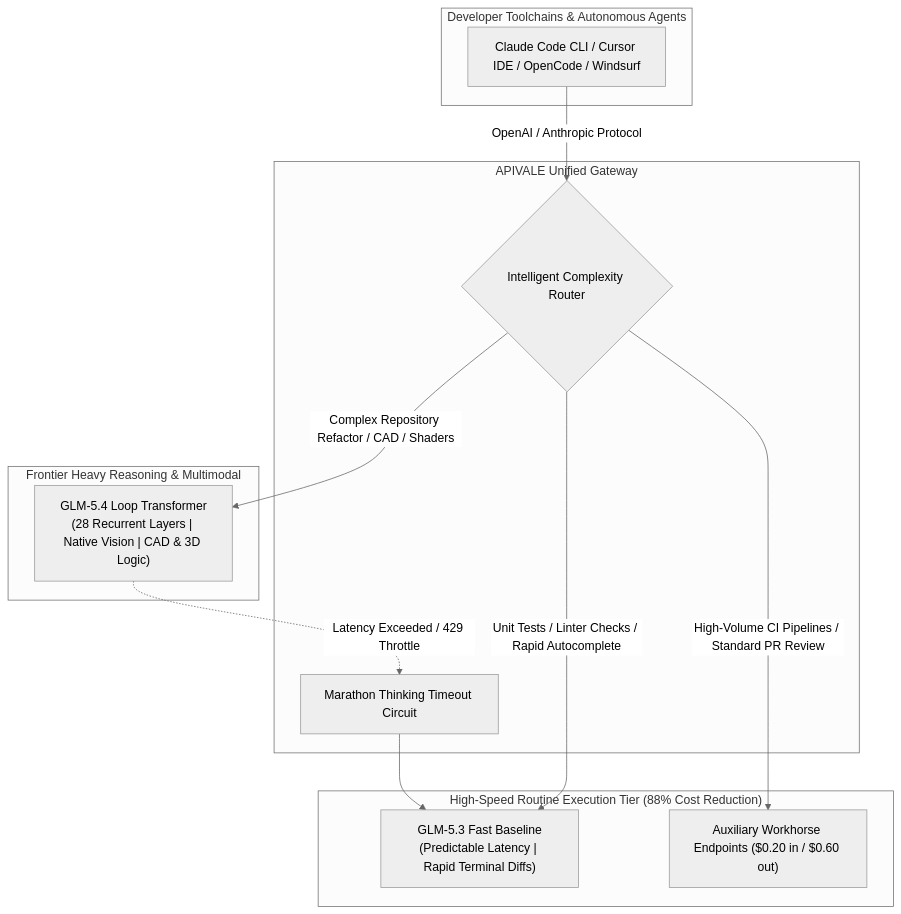
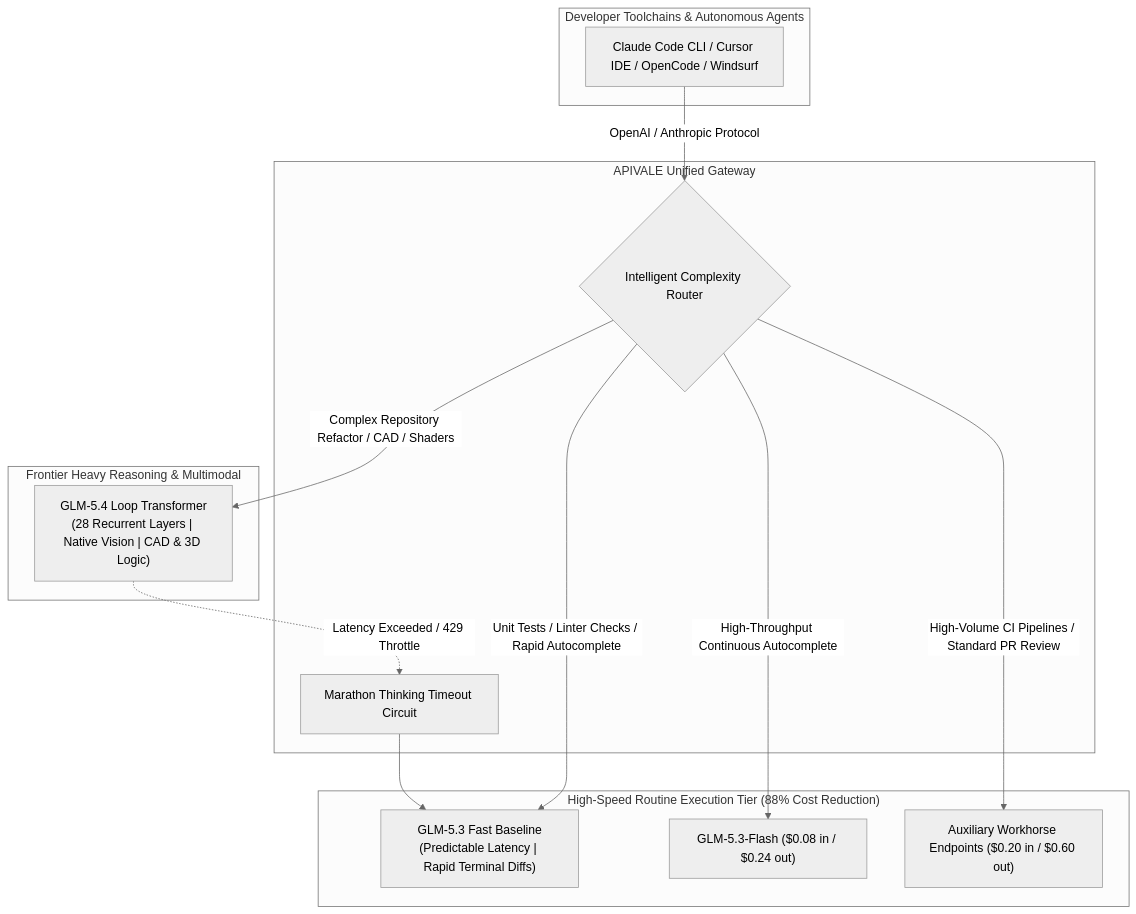
One commit to bshx2024/apivel_blog changed the diagram in src/content/blog/glm-5-4-vs-5-3-differences.md. Above: the diagram before and after it, drawn with Mermaid (neutral theme). The commit also changed other lines of this file and 2 other files, not shown here.

Commit message:
fix(blog): 1:1 align GLM-5.4 vs 5.3 with SERP dropdowns and PAA 4 questions

````diff
--- a/src/content/blog/glm-5-4-vs-5-3-differences.md
+++ b/src/content/blog/glm-5-4-vs-5-3-differences.md
@@ -39,27 +39,29 @@
 ```mermaid
 flowchart TD
     subgraph Client["Developer Toolchains & Autonomous Agents"]
         Agent["Claude Code CLI / Cursor IDE / OpenCode / Windsurf"]
     end
 
     subgraph APIVALE_Gateway["APIVALE Unified Gateway"]
         Router{"Intelligent Complexity Router"}
         Failover["Marathon Thinking Timeout Circuit"]
     end
 
     subgraph Deep_Reasoning["Frontier Heavy Reasoning & Multimodal"]
         GLM54["GLM-5.4 Loop Transformer\n(28 Recurrent Layers | Native Vision | CAD & 3D Logic)"]
     end
 
     subgraph High_Throughput["High-Speed Routine Execution Tier (88% Cost Reduction)"]
         GLM53["GLM-5.3 Fast Baseline\n(Predictable Latency | Rapid Terminal Diffs)"]
+        Flash["GLM-5.3-Flash ($0.08 in / $0.24 out)"]
         Workhorse["Auxiliary Workhorse Endpoints ($0.20 in / $0.60 out)"]
     end
 
     Agent -->|OpenAI / Anthropic Protocol| Router
     Router -->|Complex Repository Refactor / CAD / Shaders| GLM54
     Router -->|Unit Tests / Linter Checks / Rapid Autocomplete| GLM53
+    Router -->|High-Throughput Continuous Autocomplete| Flash
     Router -->|High-Volume CI Pipelines / Standard PR Review| Workhorse
     GLM54 -.->|Latency Exceeded / 429 Throttle| Failover
     Failover --> GLM53
 ```
````
